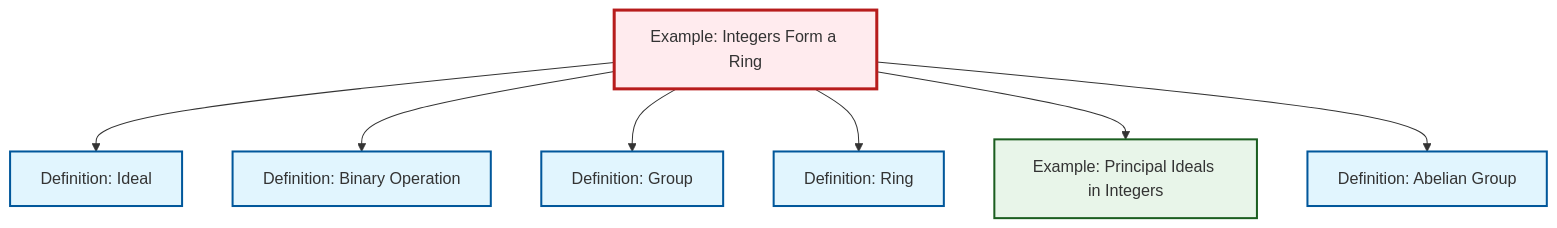
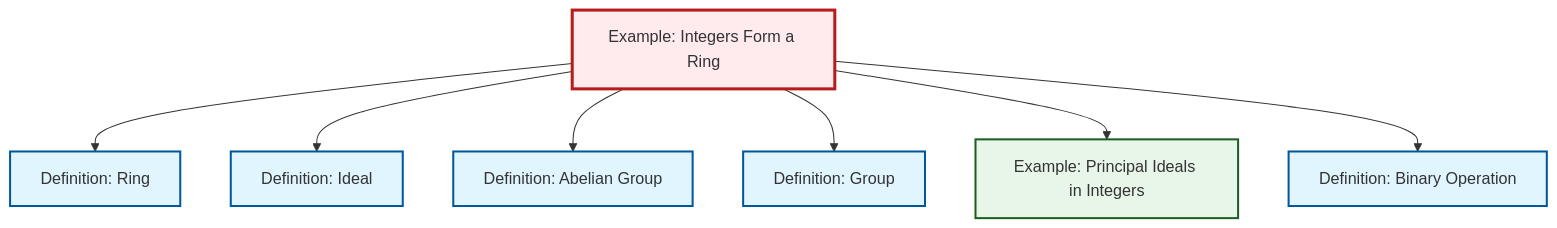
Before and after one commit to RK0429/ModernMath: the diagram in content/en/algebra/ex-integers-ring.qmd, drawn with Mermaid. The commit also changed other lines of this file and 581 other files, not shown here.

````diff
--- a/content/en/algebra/ex-integers-ring.qmd
+++ b/content/en/algebra/ex-integers-ring.qmd
@@ -64,29 +65,29 @@
 ```{mermaid}
 %%| fig-cap: "Local dependency graph"
 graph TD
     classDef definition fill:#e1f5fe,stroke:#01579b,stroke-width:2px
     classDef theorem fill:#f3e5f5,stroke:#4a148c,stroke-width:2px
     classDef axiom fill:#fff3e0,stroke:#e65100,stroke-width:2px
     classDef example fill:#e8f5e9,stroke:#1b5e20,stroke-width:2px
     classDef current fill:#ffebee,stroke:#b71c1c,stroke-width:3px
+    def-binary-operation["Definition: Binary Operation"]:::definition
     def-ring["Definition: Ring"]:::definition
-    ex-principal-ideal["Example: Principal Ideals in Integers"]:::example
     def-ideal["Definition: Ideal"]:::definition
     def-abelian-group["Definition: Abelian Group"]:::definition
+    ex-principal-ideal["Example: Principal Ideals in Integers"]:::example
     def-group["Definition: Group"]:::definition
     ex-integers-ring["Example: Integers Form a Ring"]:::example
-    def-binary-operation["Definition: Binary Operation"]:::definition
+    ex-integers-ring --> def-ring
     ex-integers-ring --> def-ideal
+    ex-integers-ring --> def-abelian-group
+    ex-integers-ring --> def-group
+    ex-integers-ring --> ex-principal-ideal
     ex-integers-ring --> def-binary-operation
-    ex-integers-ring --> def-group
-    ex-integers-ring --> def-ring
-    ex-integers-ring --> ex-principal-ideal
-    ex-integers-ring --> def-abelian-group
     class ex-integers-ring current
+    click def-binary-operation "def-binary-operation.html" "Go to Binary Operation definition"
     click def-ring "def-ring.html" "Go to Ring definition"
-    click ex-principal-ideal "ex-principal-ideal.html" "Go to Principal Ideals in Integers example"
     click def-ideal "def-ideal.html" "Go to Ideal definition"
     click def-abelian-group "def-abelian-group.html" "Go to Abelian Group definition"
+    click ex-principal-ideal "ex-principal-ideal.html" "Go to Principal Ideals in Integers example"
     click def-group "def-group.html" "Go to Group definition"
-    click def-binary-operation "def-binary-operation.html" "Go to Binary Operation definition"
 ```
````
